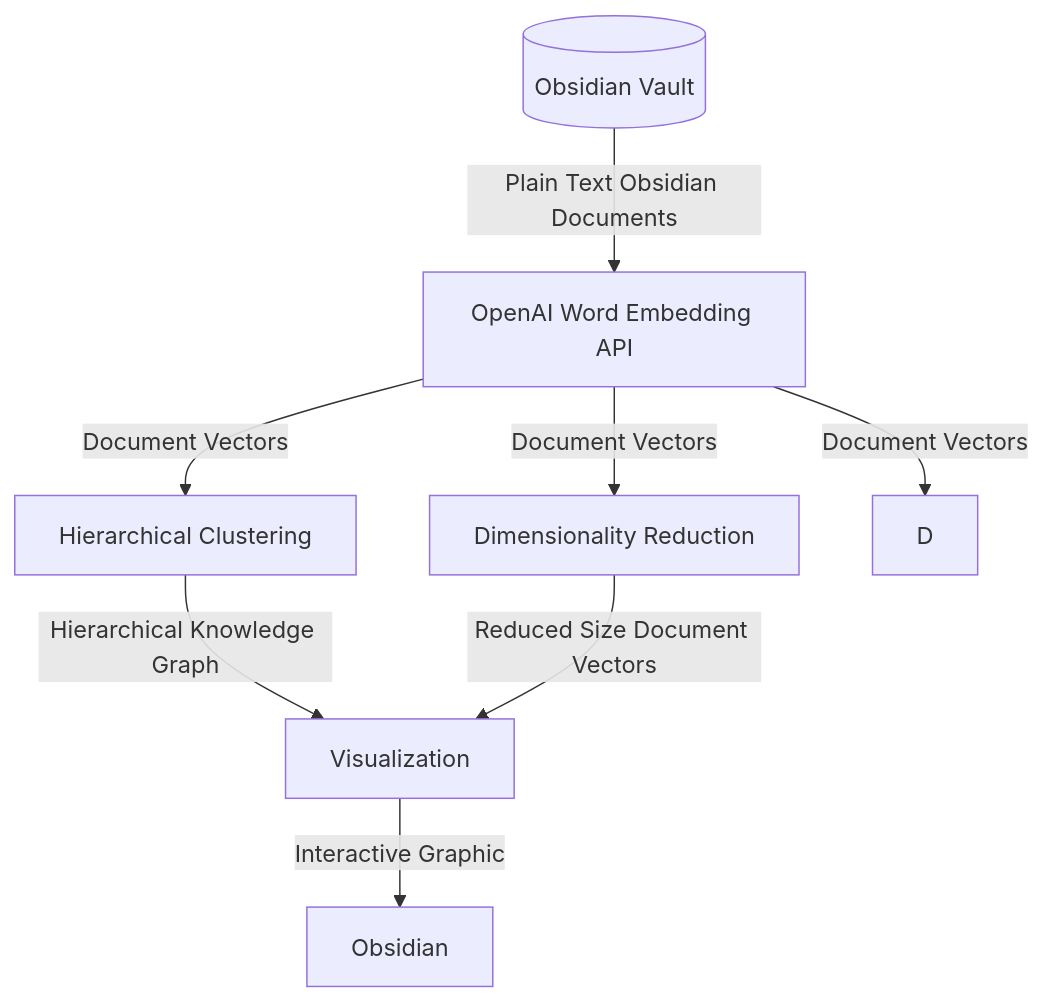
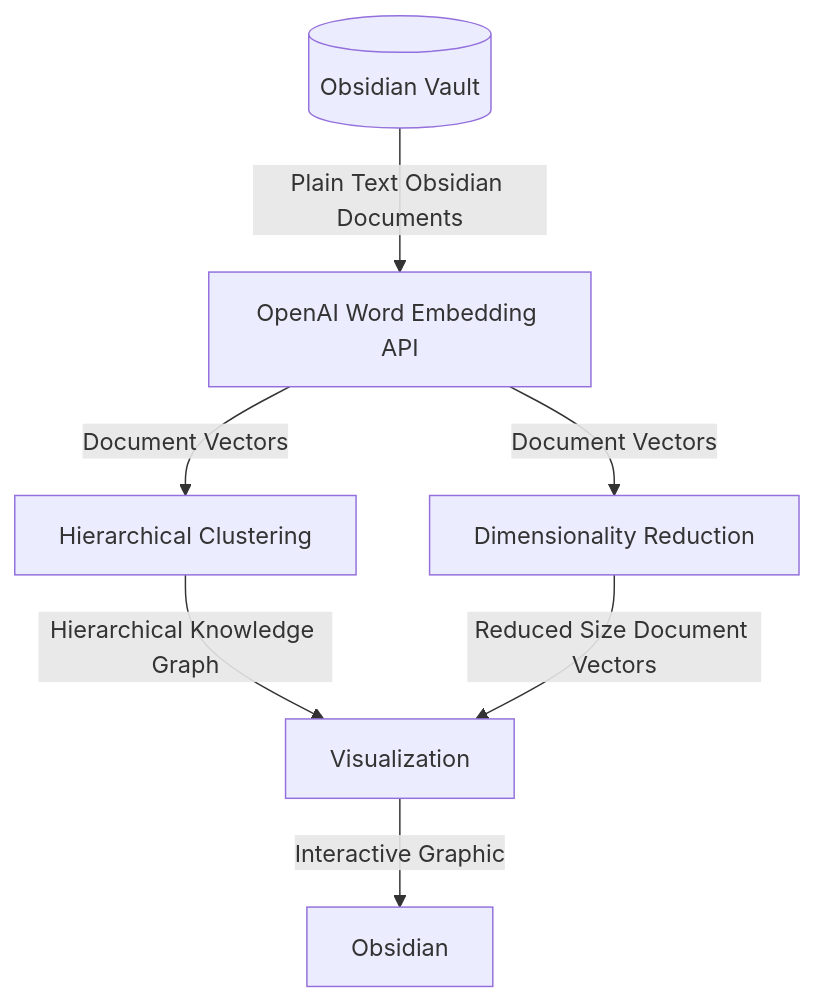
One commit to aidanbx/GraphGurusVault changed the diagram in Garden/System Pipeline.md. Above: the diagram before and after it, drawn with Mermaid. The commit also changed other lines of this file, not shown here.

````diff
--- a/Garden/System Pipeline.md
+++ b/Garden/System Pipeline.md
@@ -1,18 +1,17 @@
 ```mermaid
 graph TD
 
 A[(Obsidian Vault)]
 C[OpenAI Word Embedding API]
 E[Hierarchical Clustering]
 F[Dimensionality Reduction]
 G[Visualization]
 H[Obsidian]
 
 A -->|Plain Text Obsidian Documents| C
-C -->|Document Vectors| D
 C -->|Document Vectors| E
 C -->|Document Vectors| F
 E -->|Hierarchical Knowledge Graph| G
 F -->|Reduced Size Document Vectors| G
 G -->|Interactive Graphic| H
 ```
````
